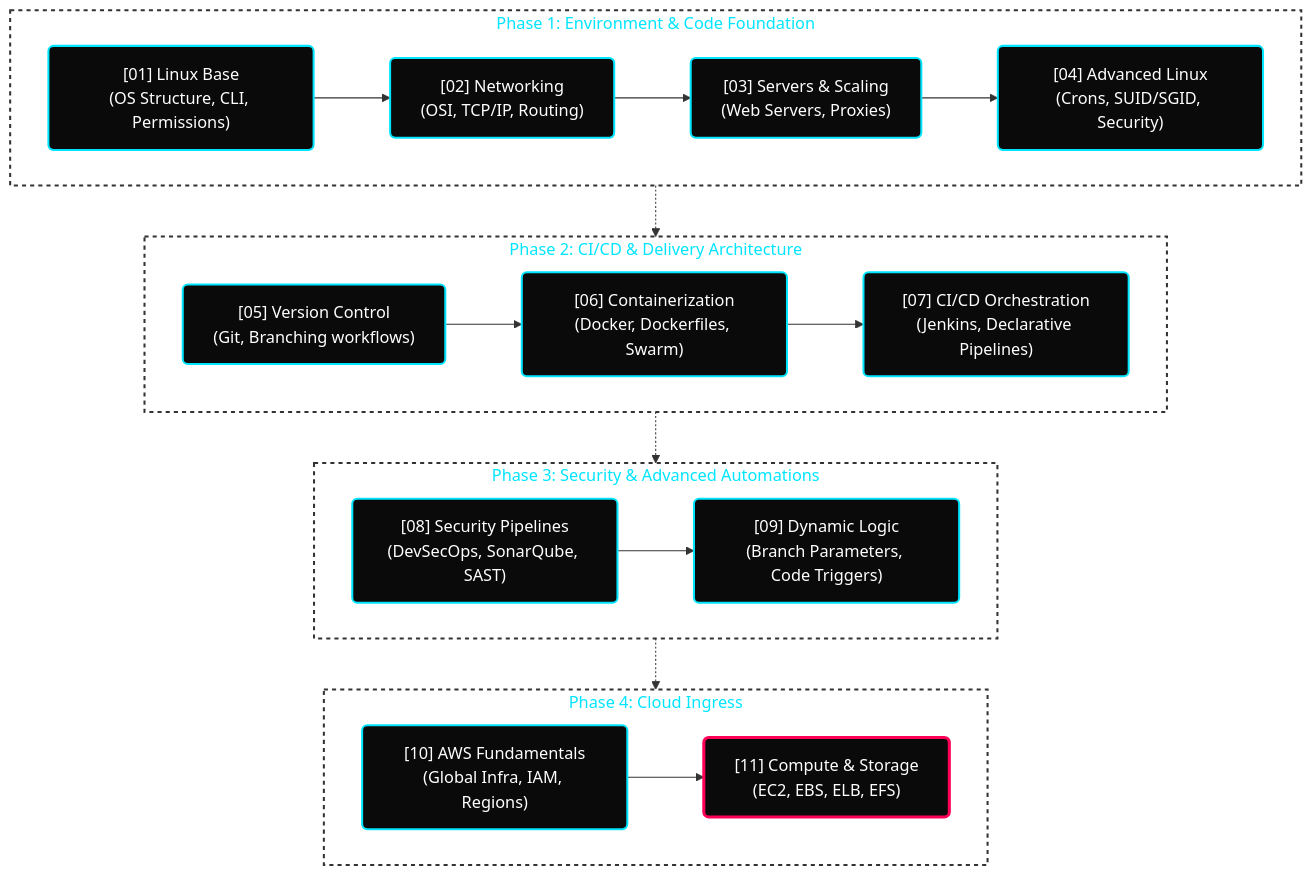
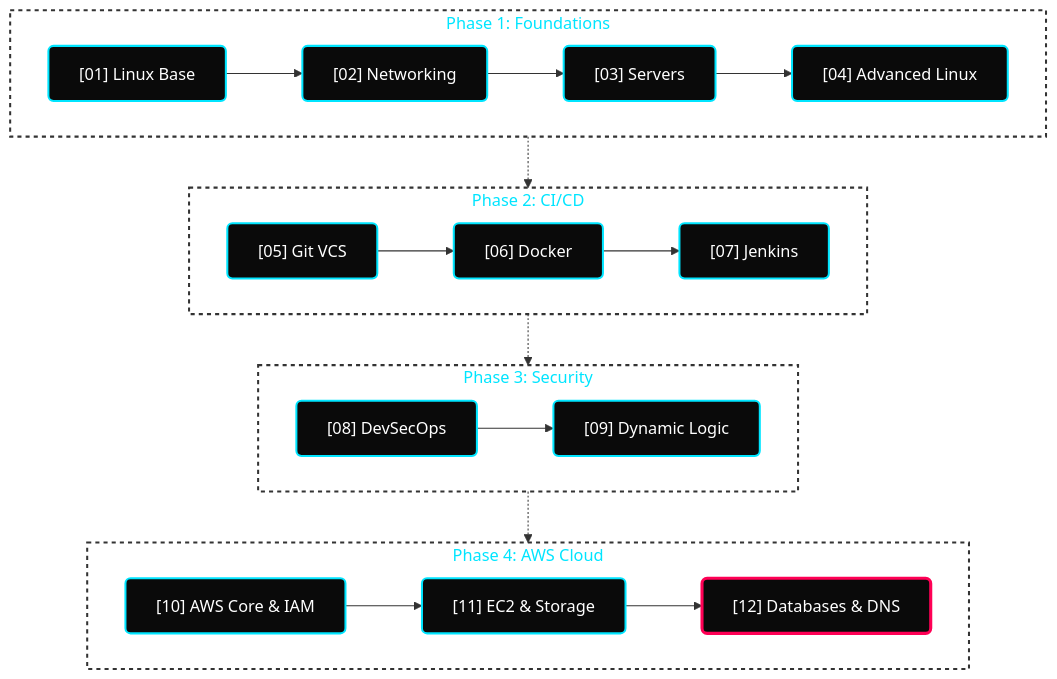
One commit to hridyen/DevOps-Survival-Roadmap changed the diagram in README.md. Above: the diagram before and after it, drawn with Mermaid. The commit also changed other lines of this file and 11 other files, not shown here.

````diff
--- a/README.md
+++ b/README.md
@@ -94,35 +86,28 @@
 ```mermaid
 flowchart TD
     classDef default fill:#0A0A0A,stroke:#00E5FF,stroke-width:2px,color:#FFFFFF,rx:5px,ry:5px;
     classDef active fill:#0A0A0A,stroke:#FF0055,stroke-width:3px,color:#FFFFFF,rx:5px,ry:5px;
     classDef phase fill:transparent,stroke:#333333,stroke-width:2px,stroke-dasharray: 4 4,color:#00E5FF;
 
-    subgraph P1 [Phase 1: Environment & Code Foundation]
-        A["[01] Linux Base<br/>(OS Structure, CLI, Permissions)"] --> 
-        B["[02] Networking<br/>(OSI, TCP/IP, Routing)"] --> 
-        C["[03] Servers & Scaling<br/>(Web Servers, Proxies)"] --> 
-        D["[04] Advanced Linux<br/>(Crons, SUID/SGID, Security)"]
+    subgraph P1 [Phase 1: Foundations]
+        A["[01] Linux Base"] --> B["[02] Networking"] --> C["[03] Servers"] --> D["[04] Advanced Linux"]
     end
 
-    subgraph P2 [Phase 2: CI/CD & Delivery Architecture]
-        E["[05] Version Control<br/>(Git, Branching workflows)"] --> 
-        F["[06] Containerization<br/>(Docker, Dockerfiles, Swarm)"] --> 
-        G["[07] CI/CD Orchestration<br/>(Jenkins, Declarative Pipelines)"]
+    subgraph P2 [Phase 2: CI/CD]
+        E["[05] Git VCS"] --> F["[06] Docker"] --> G["[07] Jenkins"]
     end
 
-    subgraph P3 [Phase 3: Security & Advanced Automations]
-        H["[08] Security Pipelines<br/>(DevSecOps, SonarQube, SAST)"] --> 
-        I["[09] Dynamic Logic<br/>(Branch Parameters, Code Triggers)"]
+    subgraph P3 [Phase 3: Security]
+        H["[08] DevSecOps"] --> I["[09] Dynamic Logic"]
     end
 
-    subgraph P4 [Phase 4: Cloud Ingress]
-        J["[10] AWS Fundamentals<br/>(Global Infra, IAM, Regions)"] -->
-        K["[11] Compute & Storage<br/>(EC2, EBS, ELB, EFS)"]:::active
+    subgraph P4 [Phase 4: AWS Cloud]
+        J["[10] AWS Core & IAM"] --> K["[11] EC2 & Storage"] --> L["[12] Databases & DNS"]:::active
     end
 
     P1 -.-> P2
     P2 -.-> P3
     P3 -.-> P4
     
     class P1,P2,P3,P4 phase;
 ```
````
